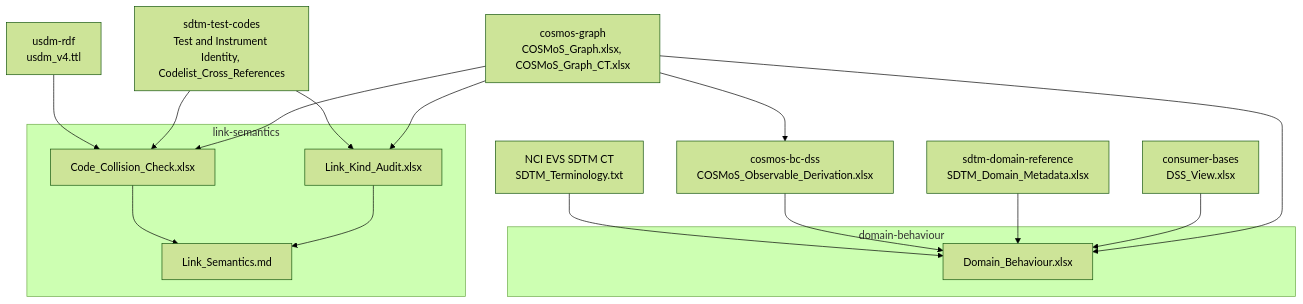
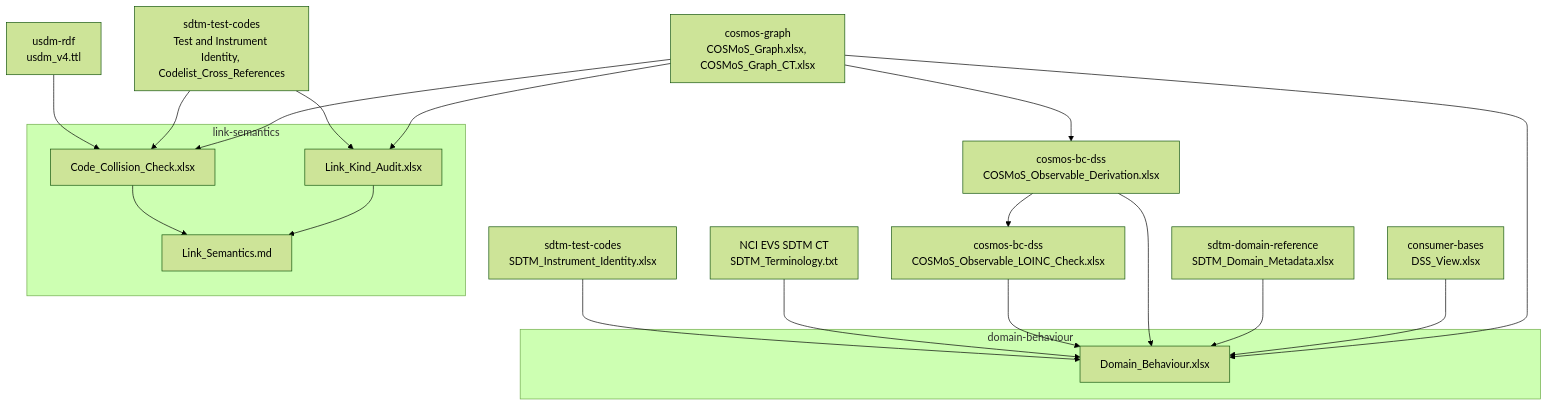
The second of 2 diagrams in docs/Data_Flow.md (kerfors/cdisc-for-ai), drawn with Mermaid (forest theme) before and after one commit. The commit also changed other lines of this file and 7 other files, not shown here.

````diff
--- a/docs/Data_Flow.md
+++ b/docs/Data_Flow.md
@@ -64,37 +64,42 @@
 ```mermaid
 graph TD
     CGX["cosmos-graph<br/>COSMoS_Graph.xlsx, COSMoS_Graph_CT.xlsx"]
     STC["sdtm-test-codes<br/>Test and Instrument Identity, Codelist_Cross_References"]
     USDM["usdm-rdf<br/>usdm_v4.ttl"]
 
     subgraph link-semantics
         LKA["Link_Kind_Audit.xlsx"]
         CCC["Code_Collision_Check.xlsx"]
         LS["Link_Semantics.md"]
     end
 
     CGX --> LKA
     STC --> LKA
     CGX --> CCC
     STC --> CCC
     USDM --> CCC
 
     LKA --> LS
     CCC --> LS
 
     DV["consumer-bases<br/>DSS_View.xlsx"]
     DM["sdtm-domain-reference<br/>SDTM_Domain_Metadata.xlsx"]
     OD["cosmos-bc-dss<br/>COSMoS_Observable_Derivation.xlsx"]
+    OL["cosmos-bc-dss<br/>COSMoS_Observable_LOINC_Check.xlsx"]
     EVSX["NCI EVS SDTM CT<br/>SDTM_Terminology.txt"]
+    SI["sdtm-test-codes<br/>SDTM_Instrument_Identity.xlsx"]
 
     subgraph domain-behaviour
         DB["Domain_Behaviour.xlsx"]
     end
 
     CGX --> DB
     DV --> DB
     DM --> DB
     CGX --> OD
     OD --> DB
+    OD --> OL
+    OL --> DB
     EVSX --> DB
+    SI --> DB
 ```
````
